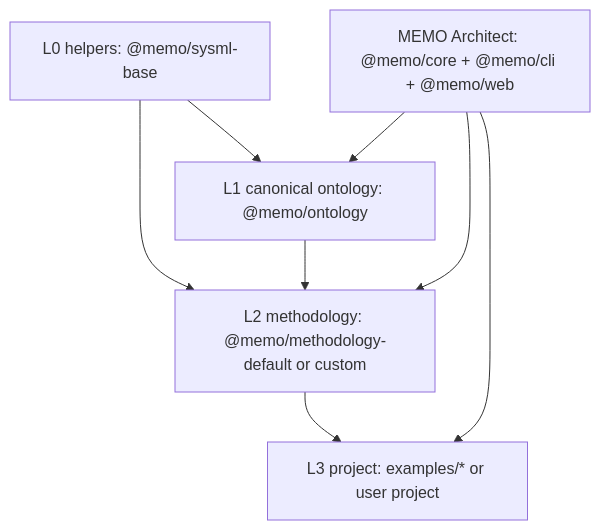
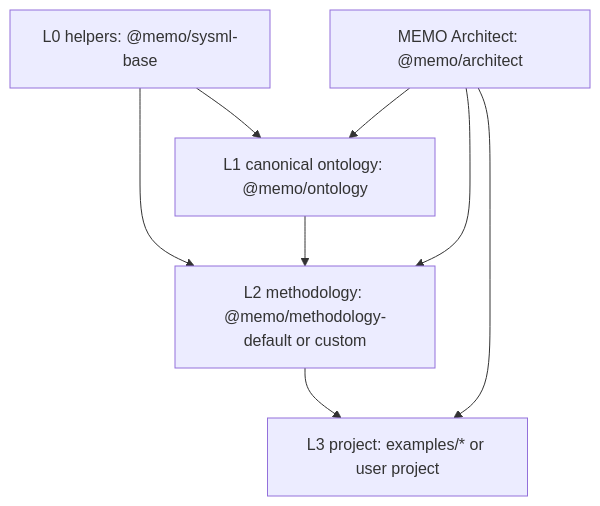
One commit to memoarchitect/memo-architect changed the second of 2 diagrams in docs/architecture/reference/overview.md. Above: the diagram before and after it, drawn with Mermaid. The commit also changed other lines of this file and 97 other files, not shown here.

Commit message:
package architect as the visual memo distribution

````diff
--- a/docs/architecture/reference/overview.md
+++ b/docs/architecture/reference/overview.md
@@ -22,16 +27,16 @@
 ```mermaid
 graph TD
     L0[L0 helpers: @memo/sysml-base]
     L1[L1 canonical ontology: @memo/ontology]
     L2[L2 methodology: @memo/methodology-default or custom]
     L3[L3 project: examples/* or user project]
-    Tool[MEMO Architect: @memo/core + @memo/cli + @memo/web]
+    Tool[MEMO Architect: @memo/architect]
 
     L0 --> L1
     L0 --> L2
     L1 --> L2
     L2 --> L3
     Tool --> L1
     Tool --> L2
     Tool --> L3
 ```
````
